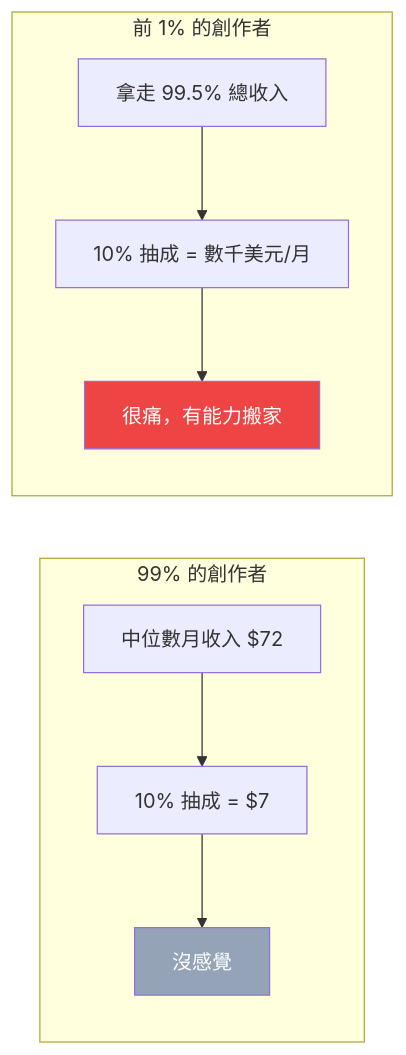
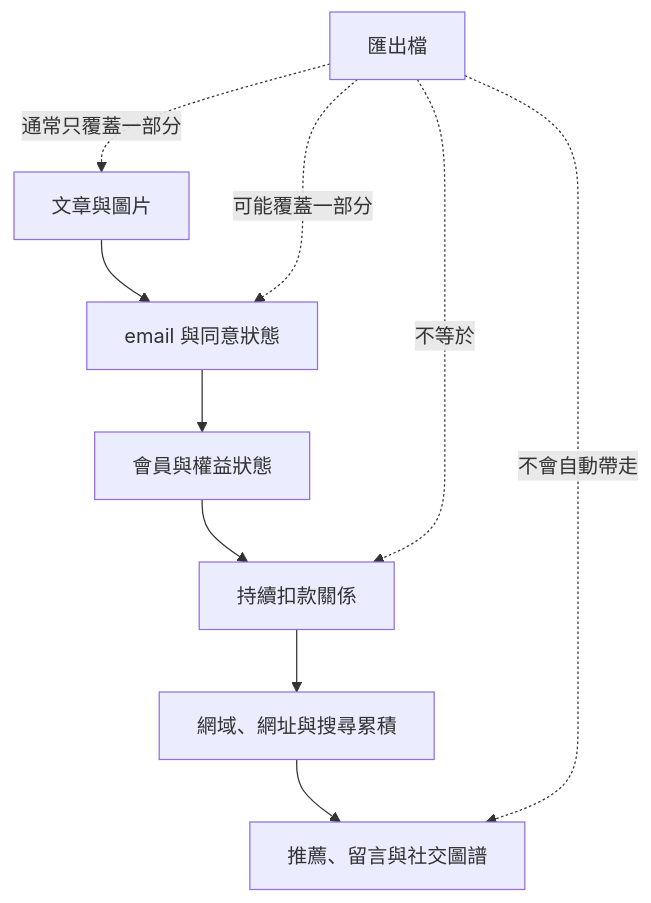
One commit to vincentxuu/quidproquo changed the second of 3 diagrams in src/content/posts/product/2026-09-16-ugc-platform-creator-economy.md. Above: the diagram before and after it, drawn with Mermaid. The commit also changed other lines of this file and 108 other files, not shown here.

````diff
--- a/src/content/posts/product/2026-09-16-ugc-platform-creator-economy.md
+++ b/src/content/posts/product/2026-09-16-ugc-platform-creator-economy.md
@@ -176,13 +65,12 @@
 ```mermaid
-graph LR
-    subgraph 99% 的創作者
-        A[中位數月收入 $72] --> B[10% 抽成 = $7]
-        B --> C[沒感覺]
-    end
-    subgraph 前 1% 的創作者
-        D[拿走 99.5% 總收入] --> E[10% 抽成 = 數千美元/月]
-        E --> F[很痛，有能力搬家]
-    end
-    style C fill:#94a3b8,color:#fff
-    style F fill:#ef4444,color:#fff
+flowchart TB
+    A[文章與圖片] --> B[email 與同意狀態]
+    B --> C[會員與權益狀態]
+    C --> D[持續扣款關係]
+    D --> E[網域、網址與搜尋累積]
+    E --> F[推薦、留言與社交圖譜]
+    G[匯出檔] -.通常只覆蓋一部分.-> A
+    G -.可能覆蓋一部分.-> B
+    G -.不等於.-> D
+    G -.不會自動帶走.-> F
 ```
````
